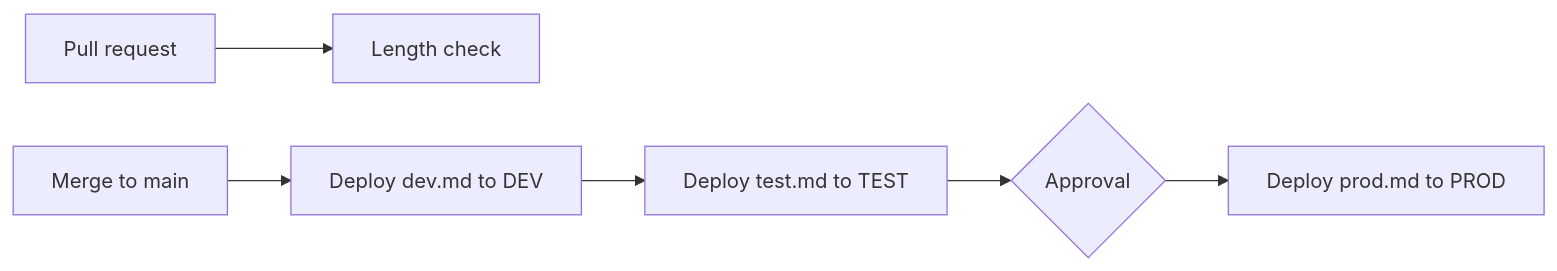
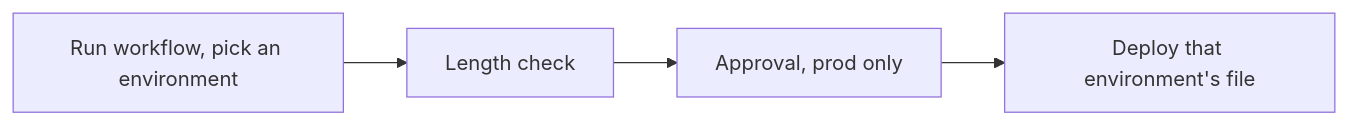
The diagram in databricks/genie-code-instructions/README.md (ven-nbondala-tf/databricks-release-lab), drawn with Mermaid before and after one commit. The commit also changed other lines of this file and 1 other file, not shown here.

Commit message:
run the instructions workflow by hand only

````diff
--- a/databricks/genie-code-instructions/README.md
+++ b/databricks/genie-code-instructions/README.md
@@ -7,8 +7,6 @@
 ```mermaid
 flowchart LR
-    PR[Pull request] --> L[Length check]
-    M[Merge to main] --> D[Deploy dev.md to DEV]
-    D --> T[Deploy test.md to TEST]
-    T --> A{Approval}
-    A --> P[Deploy prod.md to PROD]
+    R[Run workflow, pick an environment] --> L[Length check]
+    L --> A[Approval, prod only]
+    A --> D[Deploy that environment's file]
 ```
````
